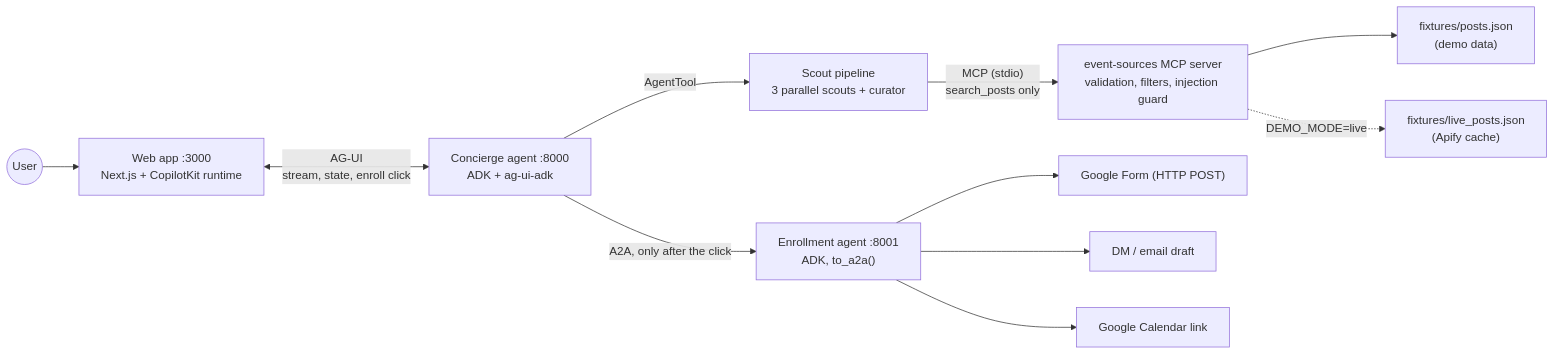
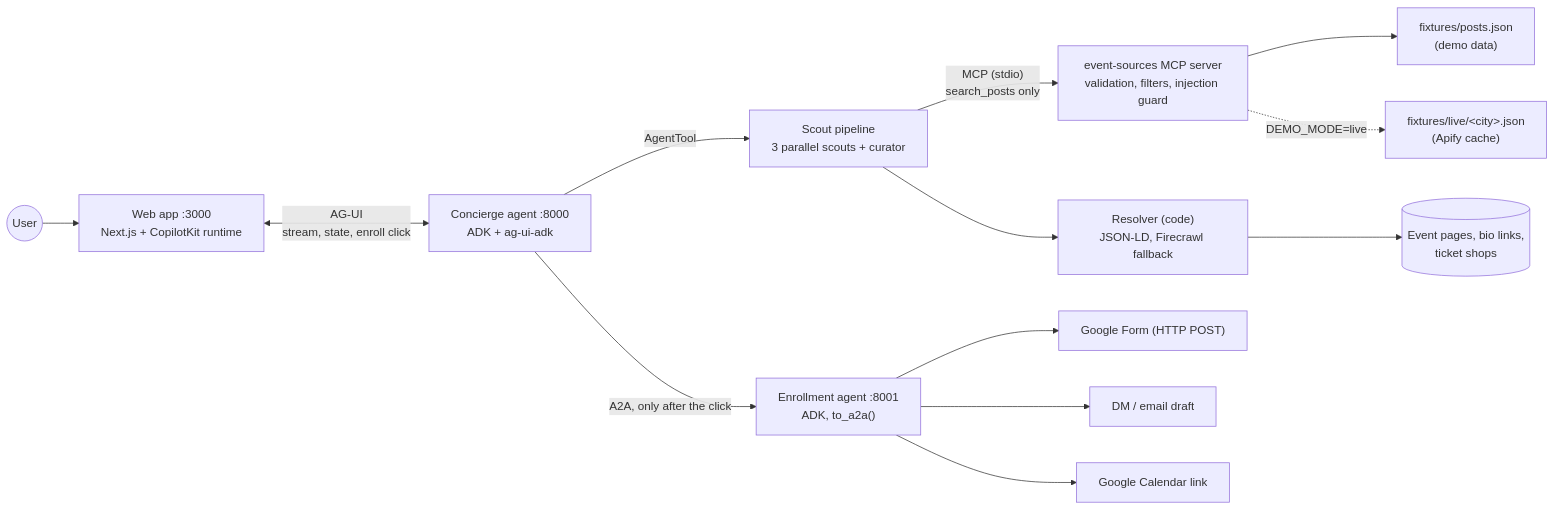
One commit to TimAlexanderStrauss/GDG_Hackathon changed the diagram in README.md. Above: the diagram before and after it, drawn with Mermaid. The commit also changed other lines of this file and 33 other files, not shown here.

````diff
--- a/README.md
+++ b/README.md
@@ -15,13 +15,15 @@
 ```mermaid
 flowchart LR
   U((User)) --> W["Web app :3000<br/>Next.js + CopilotKit runtime"]
   W <-->|"AG-UI<br/>stream, state, enroll click"| C["Concierge agent :8000<br/>ADK + ag-ui-adk"]
   C -->|AgentTool| S["Scout pipeline<br/>3 parallel scouts + curator"]
   S -->|"MCP (stdio)<br/>search_posts only"| M["event-sources MCP server<br/>validation, filters, injection guard"]
   M --> FX["fixtures/posts.json<br/>(demo data)"]
-  M -.->|"DEMO_MODE=live"| LP["fixtures/live_posts.json<br/>(Apify cache)"]
+  M -.->|"DEMO_MODE=live"| LP["fixtures/live/&lt;city&gt;.json<br/>(Apify cache)"]
+  S --> R["Resolver (code)<br/>JSON-LD, Firecrawl fallback"]
+  R --> SH[("Event pages, bio links,<br/>ticket shops")]
   C -->|"A2A, only after the click"| E["Enrollment agent :8001<br/>ADK, to_a2a()"]
   E --> GF["Google Form (HTTP POST)"]
   E --> DM["DM / email draft"]
   E --> CAL["Google Calendar link"]
 ```
````
